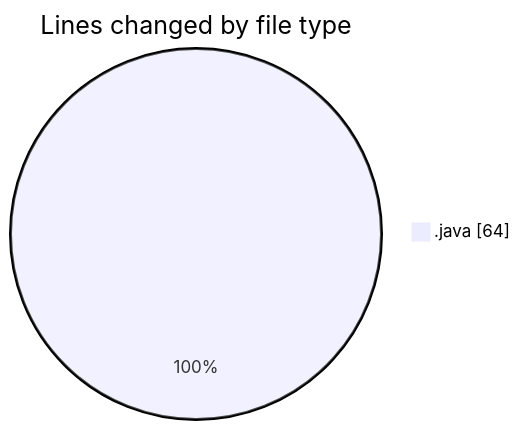
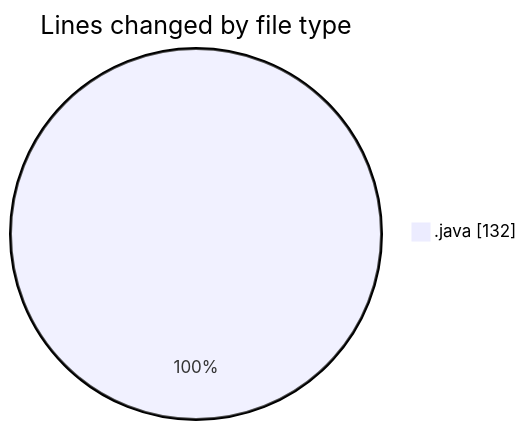
Before and after one commit to hasnaa123/code-tracking: the first of 2 diagrams in 2026-11-02/taskforge/README.md, drawn with Mermaid. The commit also changed other lines of this file and 1 other file, not shown here.

````diff
--- a/2026-11-02/taskforge/README.md
+++ b/2026-11-02/taskforge/README.md
@@ -21,5 +22,5 @@
 ```mermaid
 pie showData
 title Lines changed by file type
-".java" : 64
+".java" : 132
 ```
````
